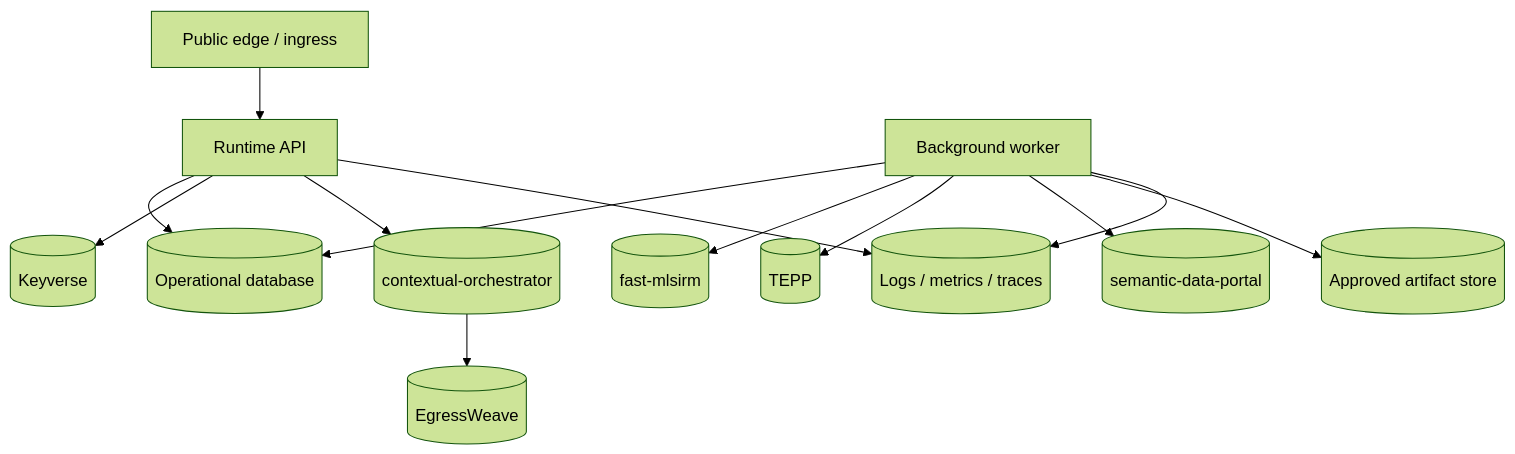
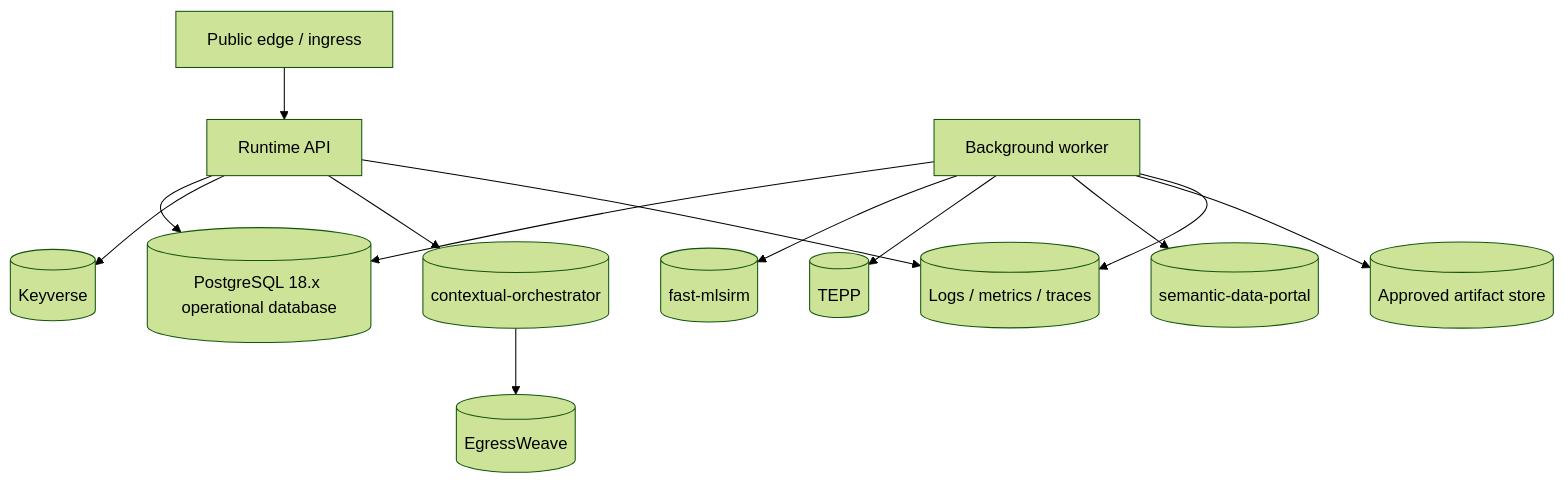
Before and after one commit to ContextualWisdomLab/psychometrics-commons: the second of 2 diagrams in docs/architecture/DEPLOYMENT_AND_OPERATIONS.md, drawn with Mermaid (forest theme). The commit also changed other lines of this file, not shown here.

Commit message:
docs: standardize deployment profiles and database support

````diff
--- a/docs/architecture/DEPLOYMENT_AND_OPERATIONS.md
+++ b/docs/architecture/DEPLOYMENT_AND_OPERATIONS.md
@@ -35,28 +38,28 @@
 ```mermaid
 flowchart TB
     edge[Public edge / ingress]
     runtime[Runtime API]
     worker[Background worker]
-    db[(Operational database)]
+    db[(PostgreSQL 18.x operational database)]
     artifacts[(Approved artifact store)]
     keyverse[(Keyverse)]
     fast[(fast-mlsirm)]
     tepp[(TEPP)]
     portal[(semantic-data-portal)]
     ai[(contextual-orchestrator)]
     egress[(EgressWeave)]
     telemetry[(Logs / metrics / traces)]
 
     edge --> runtime
     runtime --> db
     worker --> db
     runtime --> keyverse
     worker --> fast
     worker --> tepp
     worker --> portal
     runtime --> ai
     ai --> egress
     worker --> artifacts
     runtime --> telemetry
     worker --> telemetry
 ```
````
